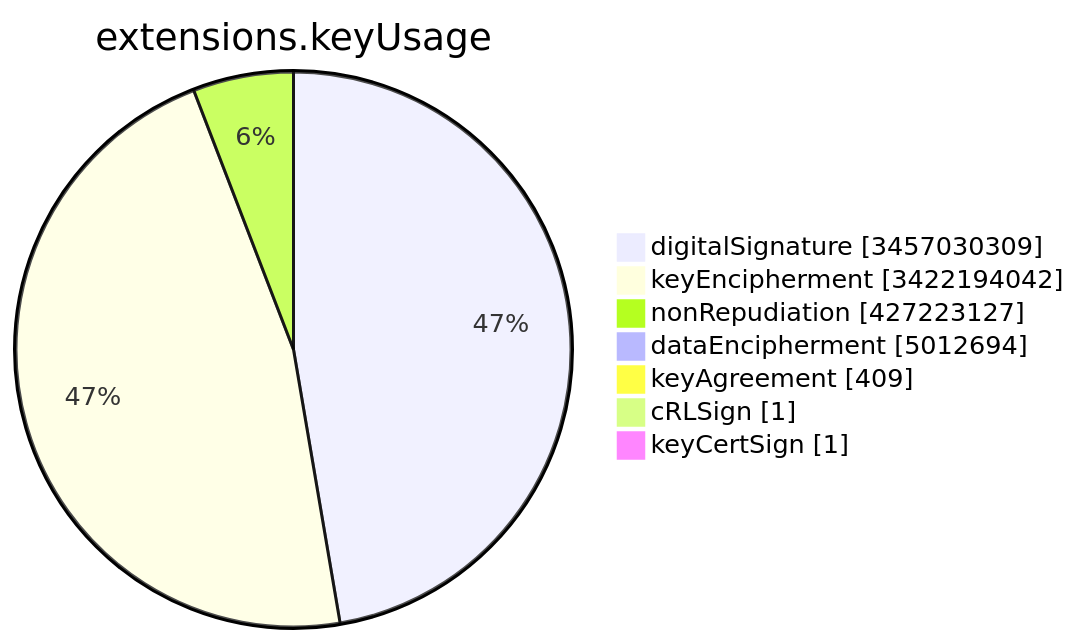
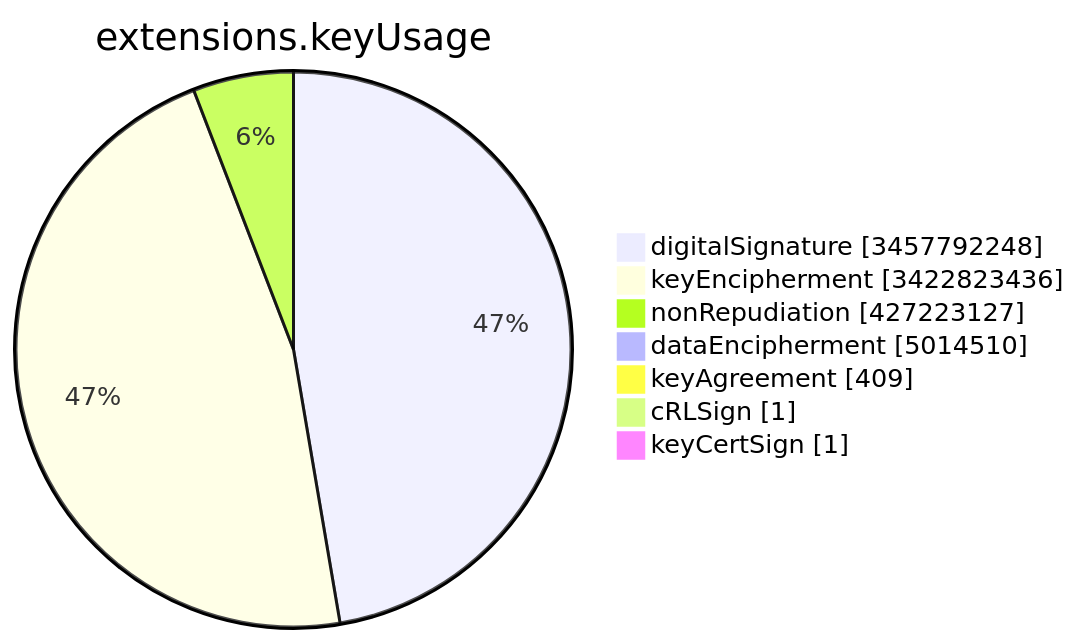
Before and after one commit to christiankrug/ctmonitor_visualization: the sixth of 15 diagrams in TOTAL/README.md, drawn with Mermaid. The commit also changed other lines of this file, not shown here.

````diff
--- a/TOTAL/README.md
+++ b/TOTAL/README.md
@@ -3082,11 +3082,11 @@
 ```mermaid
 pie showData
 title extensions.keyUsage
-"digitalSignature" :3457030309
-"keyEncipherment" :3422194042
+"digitalSignature" :3457792248
+"keyEncipherment" :3422823436
 "nonRepudiation" :427223127
-"dataEncipherment" :5012694
+"dataEncipherment" :5014510
 "keyAgreement" :409
 "cRLSign" :1
 "keyCertSign" :1
 ```
````
